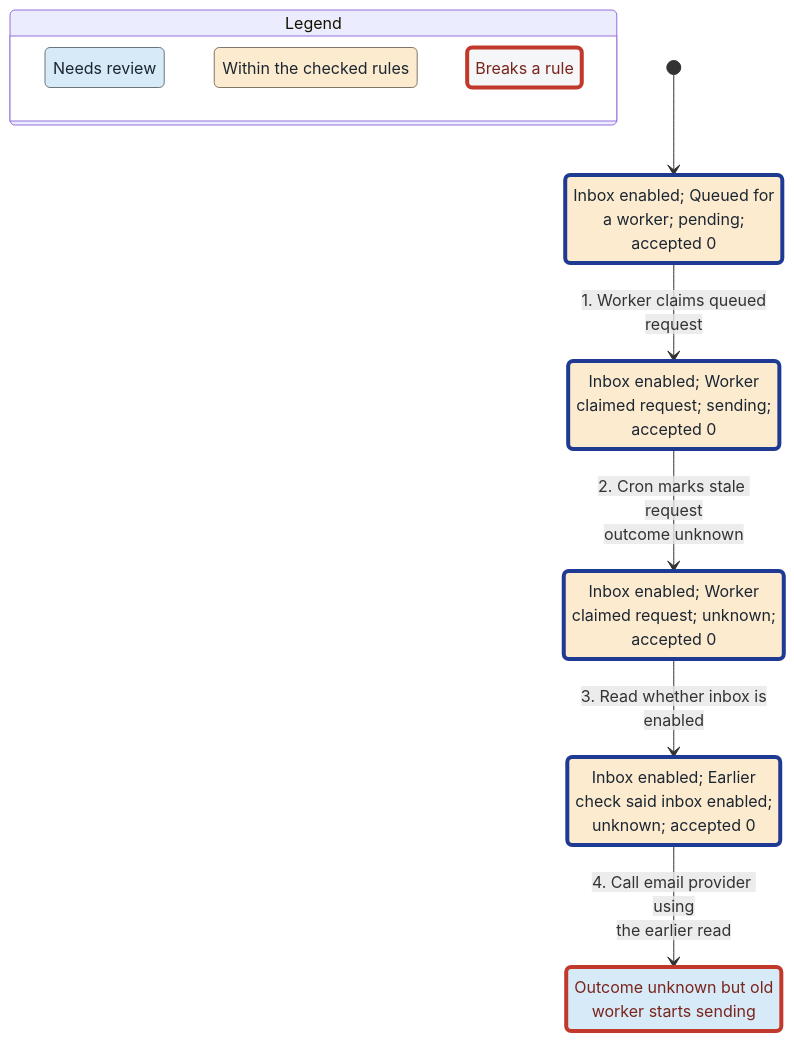
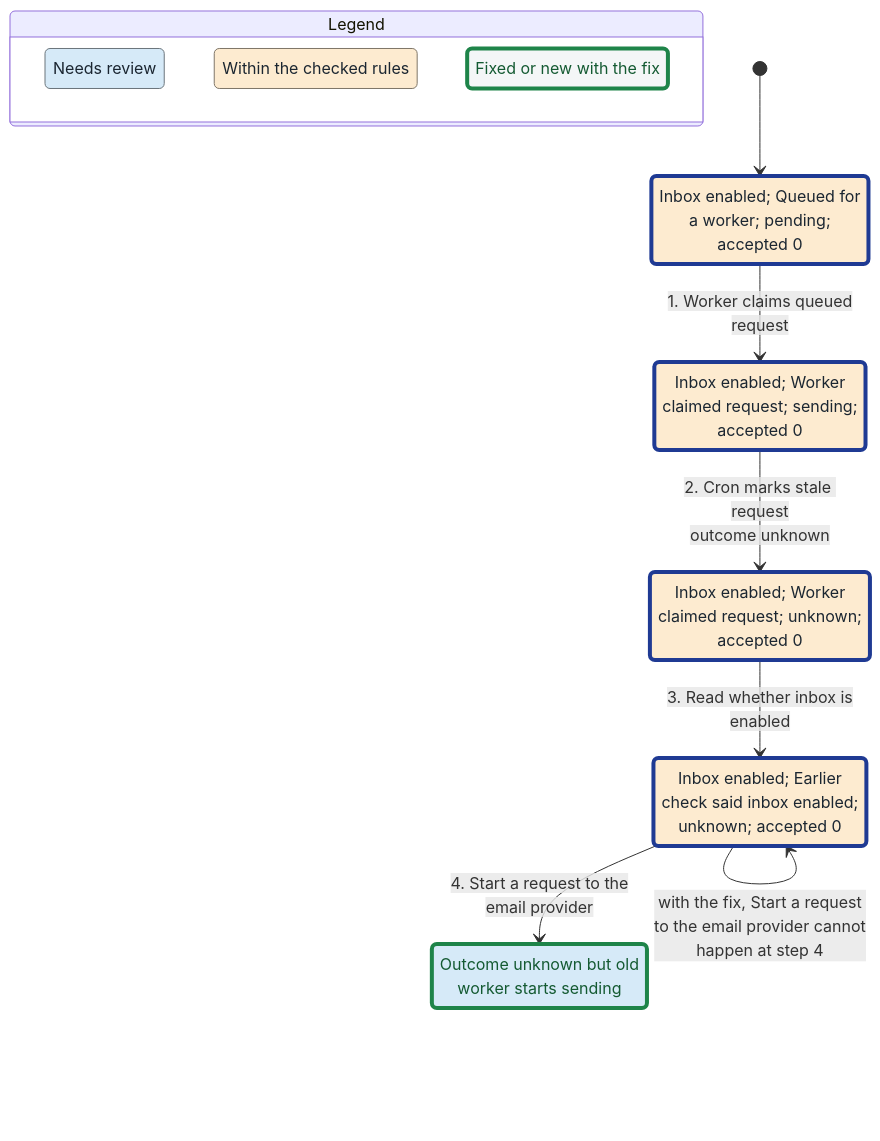
Before and after one commit to upamune/agentpost: the diagram in verification/outbound/evidence/bug-2.mmd, drawn with Mermaid. The commit also changed 62 other files, not shown here.

```diff
--- a/verification/outbound/evidence/bug-2.mmd
+++ b/verification/outbound/evidence/bug-2.mmd
@@ -1,35 +1,37 @@
 ---
 config:
   markdownAutoWrap: false
   state:
     useMaxWidth: false
 ---
 stateDiagram-v2
-  classDef plainWrong fill:#f4f6f7,stroke:#c0392b,stroke-width:4px,color:#7b241c
+  %% second model (fix): the fix
+  classDef plainFixed fill:#f4f6f7,stroke:#1e8449,stroke-width:4px,color:#145a32
   classDef group0 fill:#d6eaf8,stroke:#6b757c,color:#1b2631
-  classDef group0Wrong fill:#d6eaf8,stroke:#c0392b,stroke-width:4px,color:#7b241c
+  classDef group0Fixed fill:#d6eaf8,stroke:#1e8449,stroke-width:4px,color:#145a32
   classDef group1 fill:#fdebd0,stroke:#7f7668,color:#1b2631
   classDef group1Path fill:#fdebd0,stroke:#1f3a93,stroke-width:4px,color:#1b2631
   state "Legend" as legend {
     state "Needs review" as legendGroup0
     state "Within the checked rules" as legendGroup1
-    state "Breaks a rule" as legendWrong
+    state "Fixed or new with the fix" as legendFixed
   }
   class legendGroup0 group0
   class legendGroup1 group1
-  class legendWrong plainWrong
+  class legendFixed plainFixed
   state "Inbox enabled; Earlier<br/>check said inbox enabled;<br/>unknown; accepted 0" as s0
   state "Inbox enabled; Queued for<br/>a worker; pending;<br/>accepted 0" as s1
   state "Inbox enabled; Worker<br/>claimed request; sending;<br/>accepted 0" as s2
   state "Inbox enabled; Worker<br/>claimed request; unknown;<br/>accepted 0" as s3
   state "Outcome unknown but old<br/>worker starts sending" as s4
   [*] --> s1
   s1 --> s2 : 1. Worker claims queued<br/>request
   s2 --> s3 : 2. Cron marks stale request<br/>outcome unknown
   s3 --> s0 : 3. Read whether inbox is<br/>enabled
-  s0 --> s4 : 4. Call email provider using<br/>the earlier read
+  s0 --> s4 : 4. Start a request to the<br/>email provider
+  s0 --> s0 : with the fix, Start a request<br/>to the email provider cannot<br/>happen at step 4
   class s0 group1Path
   class s1 group1Path
   class s2 group1Path
   class s3 group1Path
-  class s4 group0Wrong
+  class s4 group0Fixed
```
